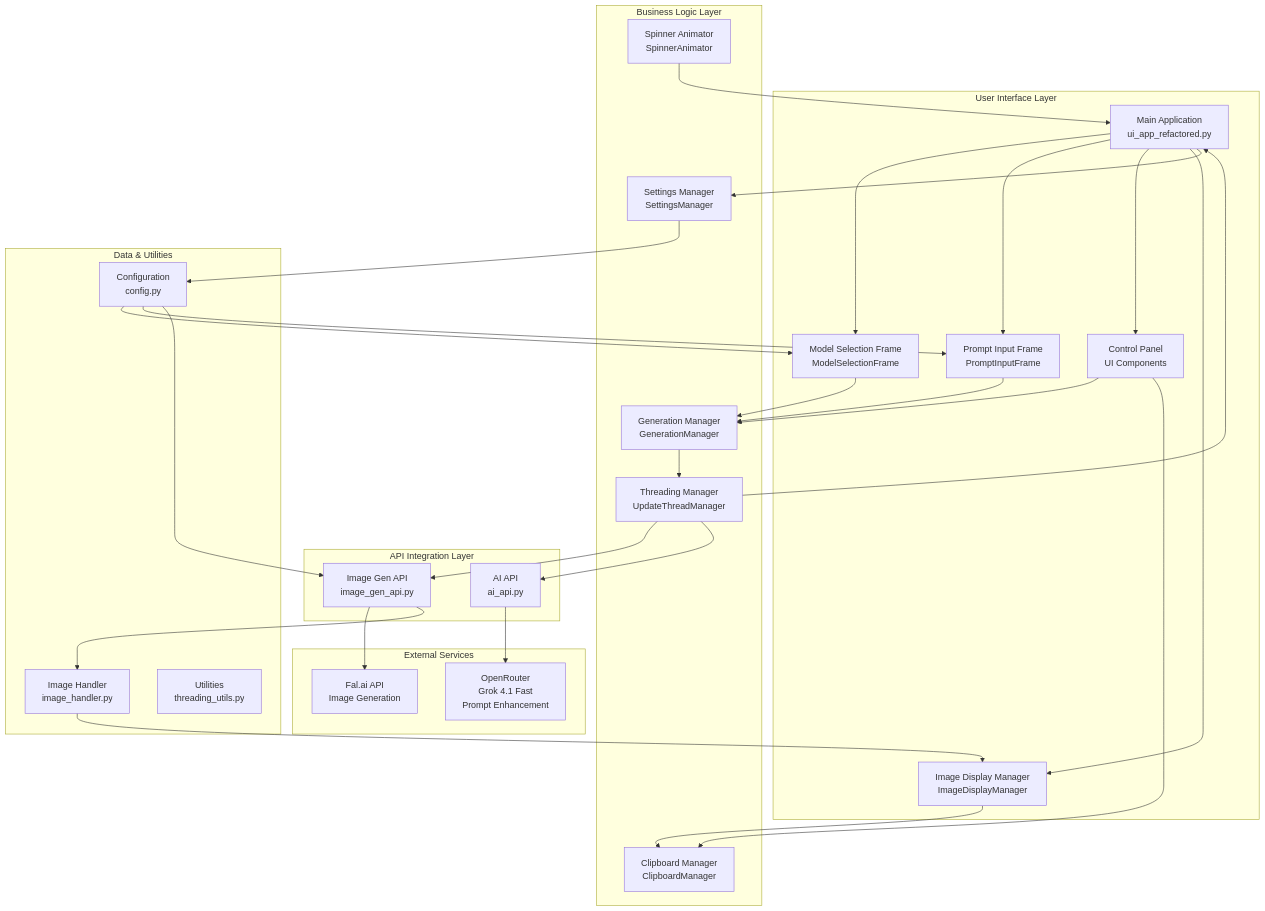
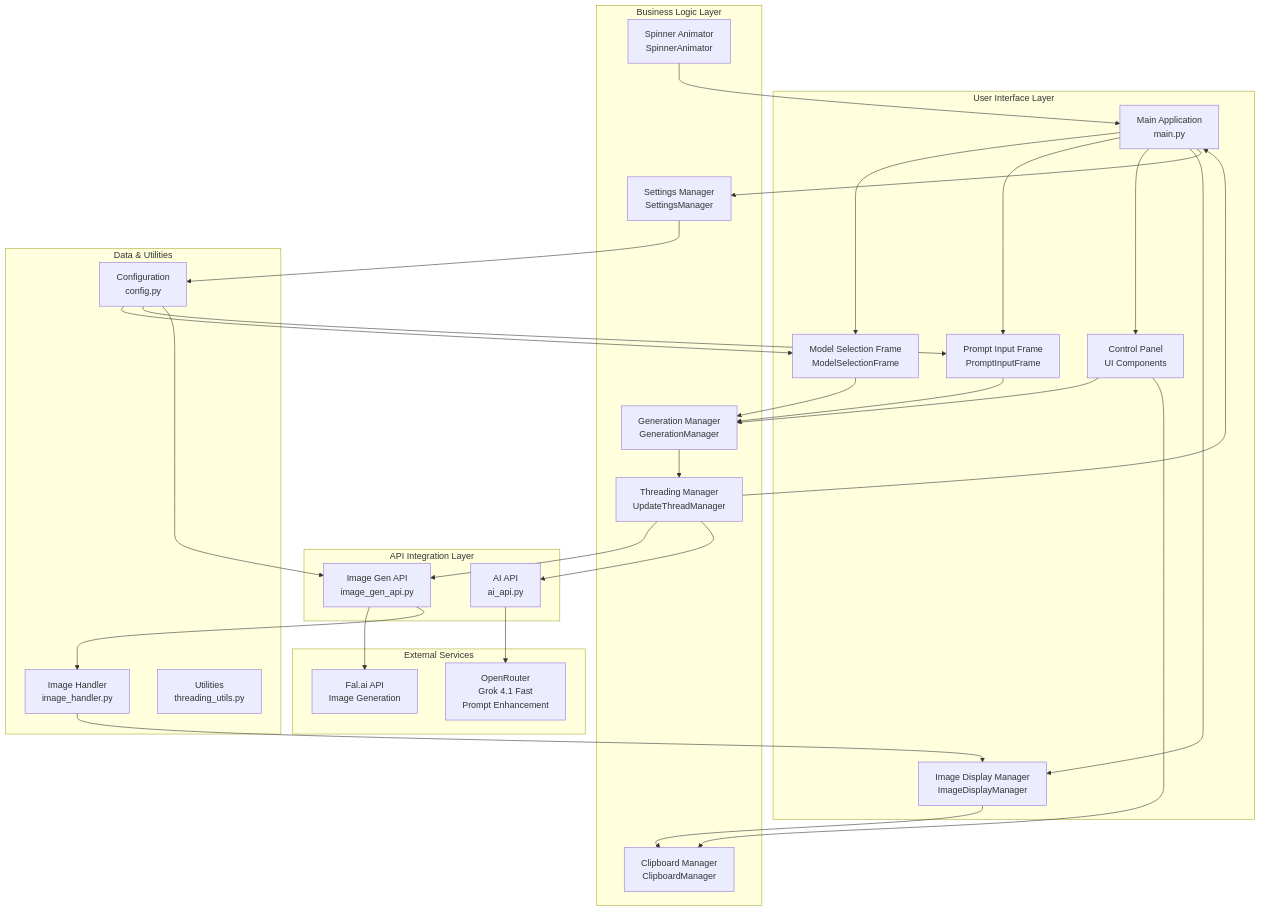
One commit to vbandi/ai-image-workbench changed the first of 6 diagrams in architecture_diagram.md. Above: the diagram before and after it, drawn with Mermaid. The commit also changed other lines of this file and 21 other files, not shown here.

````diff
--- a/architecture_diagram.md
+++ b/architecture_diagram.md
@@ -5,73 +5,73 @@
 ```mermaid
 graph TB
     subgraph "User Interface Layer"
-        UI[Main Application<br/>ui_app_refactored.py]
+        UI[Main Application<br/>main.py]
         MSF[Model Selection Frame<br/>ModelSelectionFrame]
         PIF[Prompt Input Frame<br/>PromptInputFrame]
         IDM[Image Display Manager<br/>ImageDisplayManager]
         CP[Control Panel<br/>UI Components]
     end
     
     subgraph "Business Logic Layer"
         GM[Generation Manager<br/>GenerationManager]
         SM[Settings Manager<br/>SettingsManager]
         TM[Threading Manager<br/>UpdateThreadManager]
         SA[Spinner Animator<br/>SpinnerAnimator]
         CM[Clipboard Manager<br/>ClipboardManager]
     end
     
     subgraph "API Integration Layer"
         IGA[Image Gen API<br/>image_gen_api.py]
         AIA[AI API<br/>ai_api.py]
     end
     
     subgraph "External Services"
         FAL[Fal.ai API<br/>Image Generation]
         OPENAI[OpenRouter<br/>Grok 4.1 Fast<br/>Prompt Enhancement]
     end
     
     subgraph "Data & Utilities"
         CONF[Configuration<br/>config.py]
         IH[Image Handler<br/>image_handler.py]
         UTIL[Utilities<br/>threading_utils.py]
     end
     
     %% User Flow
     UI --> MSF
     UI --> PIF
     UI --> CP
     UI --> IDM
     
     %% Business Logic
     MSF --> GM
     PIF --> GM
     CP --> GM
     
     GM --> TM
     TM --> IGA
     TM --> AIA
     
     IGA --> FAL
     AIA --> OPENAI
     
     %% Settings & State
     UI --> SM
     SM --> CONF
     
     %% Image Processing
     IGA --> IH
     IH --> IDM
     
     %% Clipboard
     CP --> CM
     IDM --> CM
     
     %% UI Updates
     TM --> UI
     SA --> UI
     
     %% Configuration
     CONF --> MSF
     CONF --> PIF
     CONF --> IGA
 ```
````
